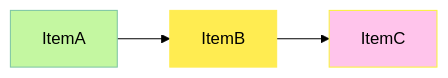
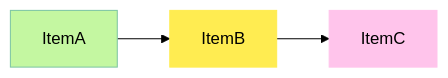
The second of 18 diagrams in README.md (zluvsand/mermaid), drawn with Mermaid (forest theme) before and after one commit.

Commit message:
Change border colour

````diff
--- a/README.md
+++ b/README.md
@@ -9,7 +9,7 @@
 ```mermaid
 flowchart LR
     style ItemA fill:#C4F7A1, stroke:#7FC6A4
     style ItemB fill:#FFEC51, stroke:#FFEC51  
-    style ItemC fill:#FFC4EB, stroke:#FAF33E 
+    style ItemC fill:#FFC4EB, stroke:#FFC4EB 
     ItemA-->ItemB-->ItemC
 ```
````
